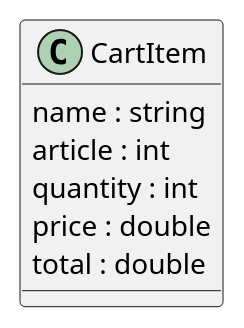
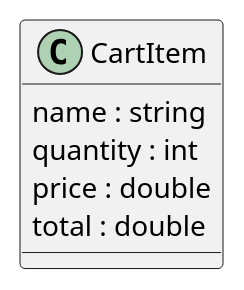
Before and after one commit to NathanChauveau/Shopping: the diagram in docs/diagramClass.wsd, drawn with PlantUML.

Commit message:
docs: remove a useless line

```diff
--- a/docs/diagramClass.wsd
+++ b/docs/diagramClass.wsd
@@ -1,9 +1,8 @@
 @startuml Shopping
 class CartItem {
     name : string
-    article : int
     quantity : int
     price : double
     total : double
 }
 @enduml
```
